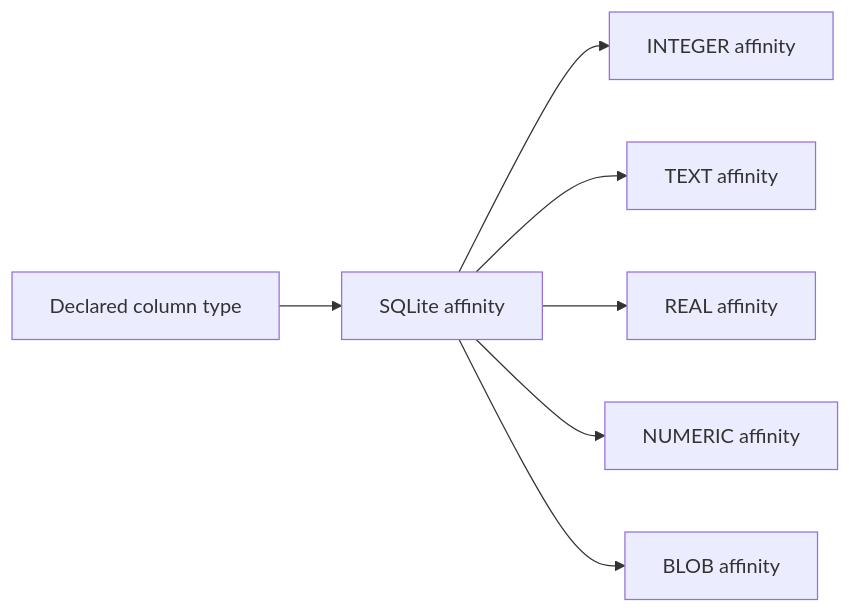
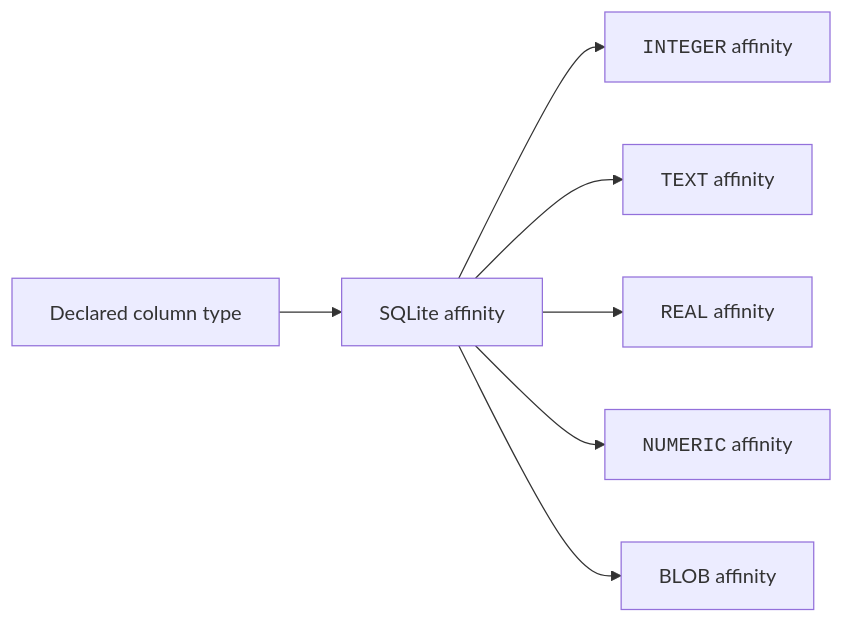
The third of 6 diagrams in content/courses/sqlite-for-beginners/data-types.mdx (dataslope/dataslope), drawn with Mermaid before and after one commit. The commit also changed other lines of this file and 283 other files, not shown here.

First line of the commit message:
Diagrams as elements, not characters: fix the box model, sweep the corpus, and make syntax breakdowns a convention (#652)

````diff
--- a/content/courses/sqlite-for-beginners/data-types.mdx
+++ b/content/courses/sqlite-for-beginners/data-types.mdx
@@ -94,9 +94,9 @@
 ```mermaid
 flowchart LR
     D["Declared column type"] --> A["SQLite affinity"]
-    A --> AI["INTEGER affinity"]
-    A --> AT["TEXT affinity"]
-    A --> AR["REAL affinity"]
-    A --> AN["NUMERIC affinity"]
+    A --> AI["<code>INTEGER</code> affinity"]
+    A --> AT["<code>TEXT</code> affinity"]
+    A --> AR["<code>REAL</code> affinity"]
+    A --> AN["<code>NUMERIC</code> affinity"]
     A --> AB["BLOB affinity"]
 ```
````
